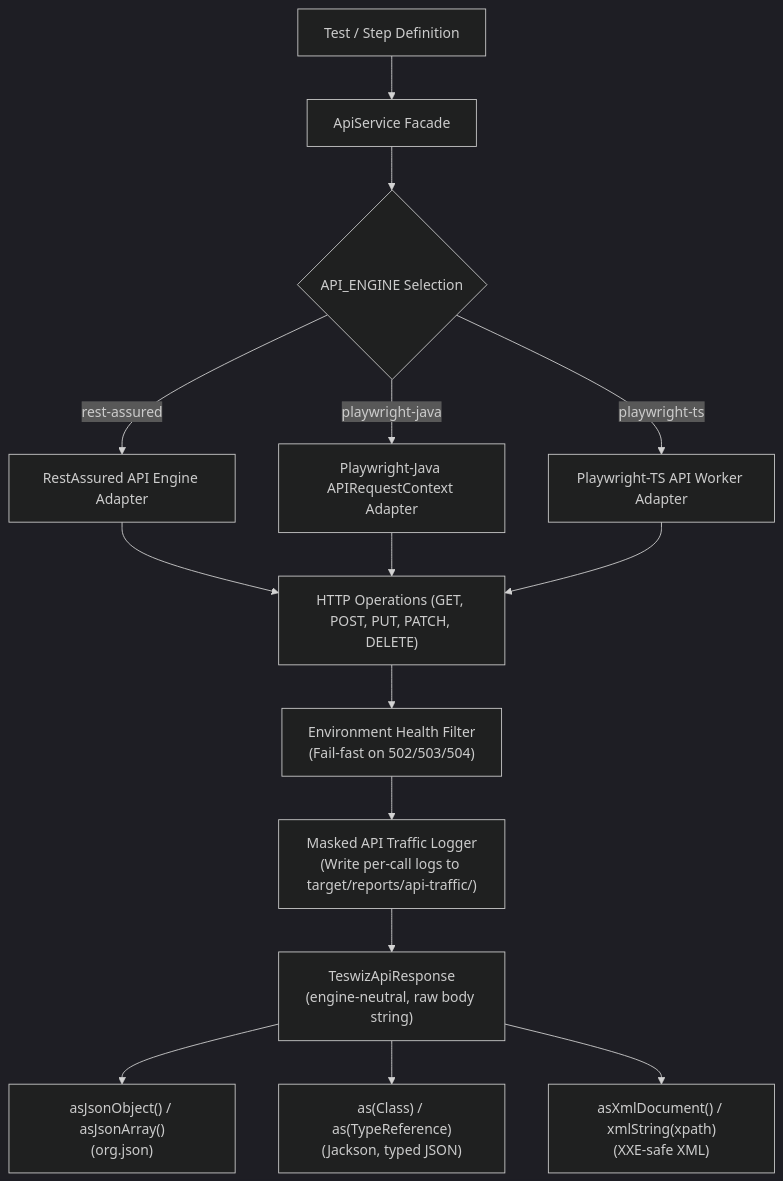
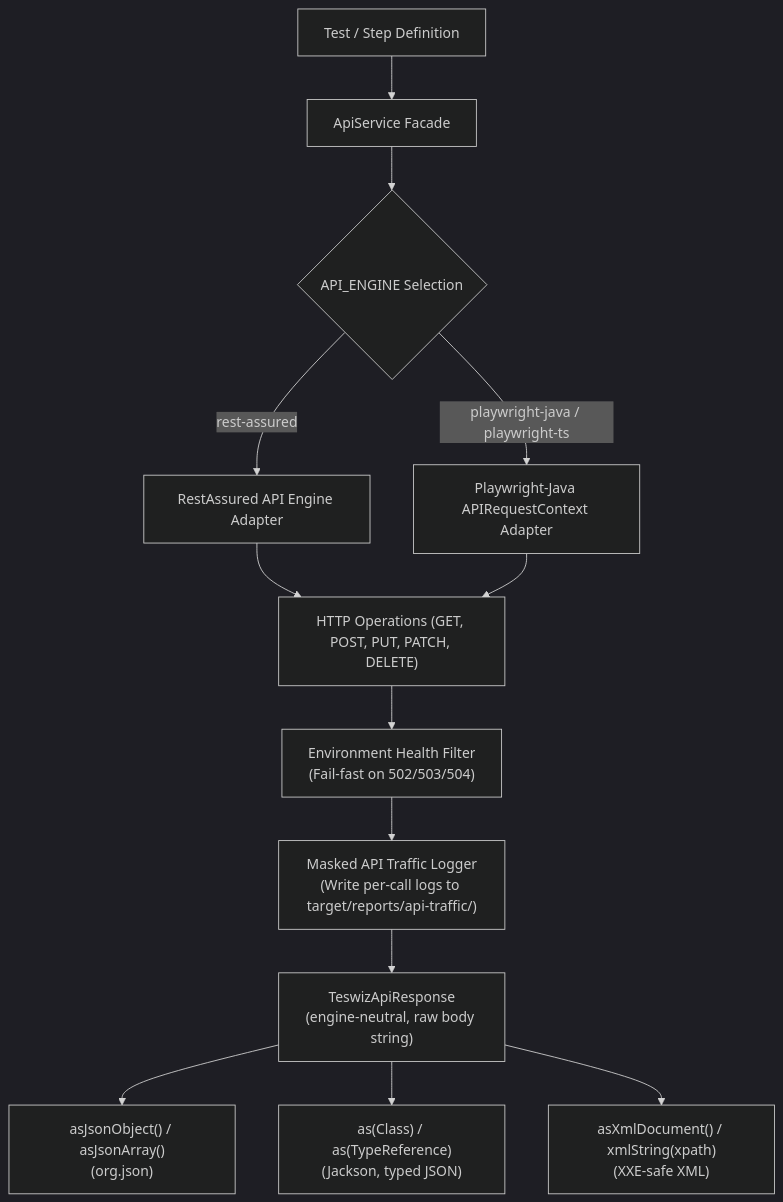
Before and after one commit to anandbagmar/teswiz: the diagram in docs/engines/running-api-tests.md, drawn with Mermaid (dark theme). The commit also changed other lines of this file and 7 other files, not shown here.

First line of the commit message:
Cover playwright-ts in API contract test; fix API engine docs

````diff
--- a/docs/engines/running-api-tests.md
+++ b/docs/engines/running-api-tests.md
@@ -44,21 +44,19 @@
 ```mermaid
 flowchart TD
     A["Test / Step Definition"] --> B["ApiService Facade"]
     B --> C{"API_ENGINE Selection"}
 
     C -->|rest-assured| D1["RestAssured API Engine Adapter"]
-    C -->|playwright-java| D2["Playwright-Java APIRequestContext Adapter"]
-    C -->|playwright-ts| D3["Playwright-TS API Worker Adapter"]
+    C -->|"playwright-java / playwright-ts"| D2["Playwright-Java APIRequestContext Adapter"]
 
     D1 --> E["HTTP Operations (GET, POST, PUT, PATCH, DELETE)"]
     D2 --> E
-    D3 --> E
 
     E --> F["Environment Health Filter<br/>(Fail-fast on 502/503/504)"]
     F --> G["Masked API Traffic Logger<br/>(Write per-call logs to target/reports/api-traffic/)"]
     G --> H["TeswizApiResponse<br/>(engine-neutral, raw body string)"]
 
     H --> I1["asJsonObject() / asJsonArray()<br/>(org.json)"]
     H --> I2["as(Class) / as(TypeReference)<br/>(Jackson, typed JSON)"]
     H --> I3["asXmlDocument() / xmlString(xpath)<br/>(XXE-safe XML)"]
 ```
````
